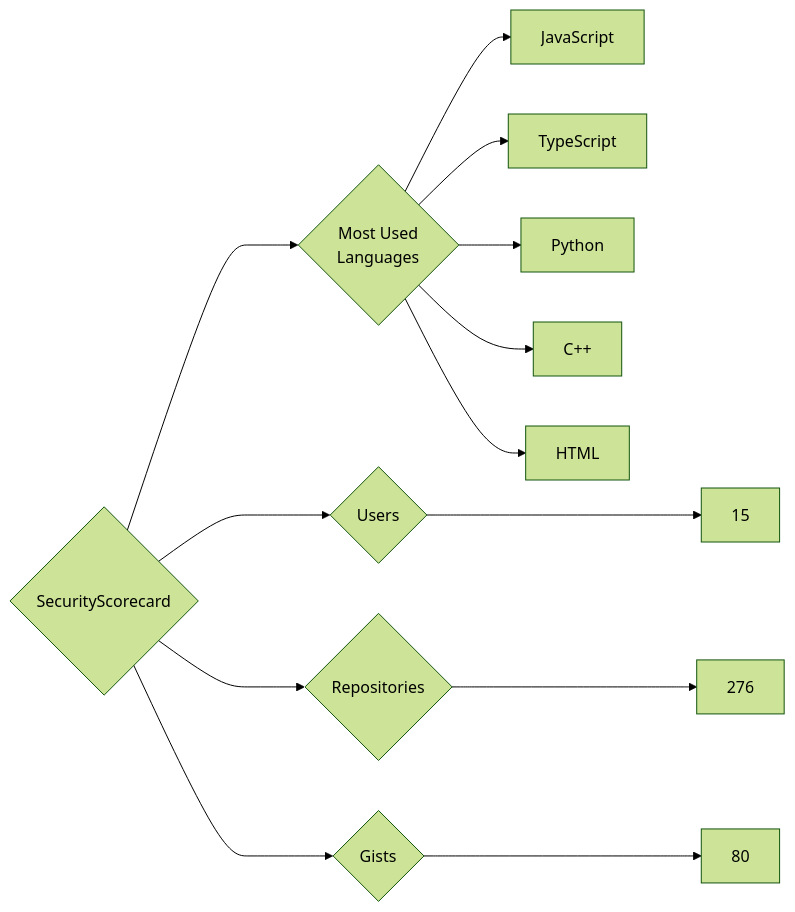
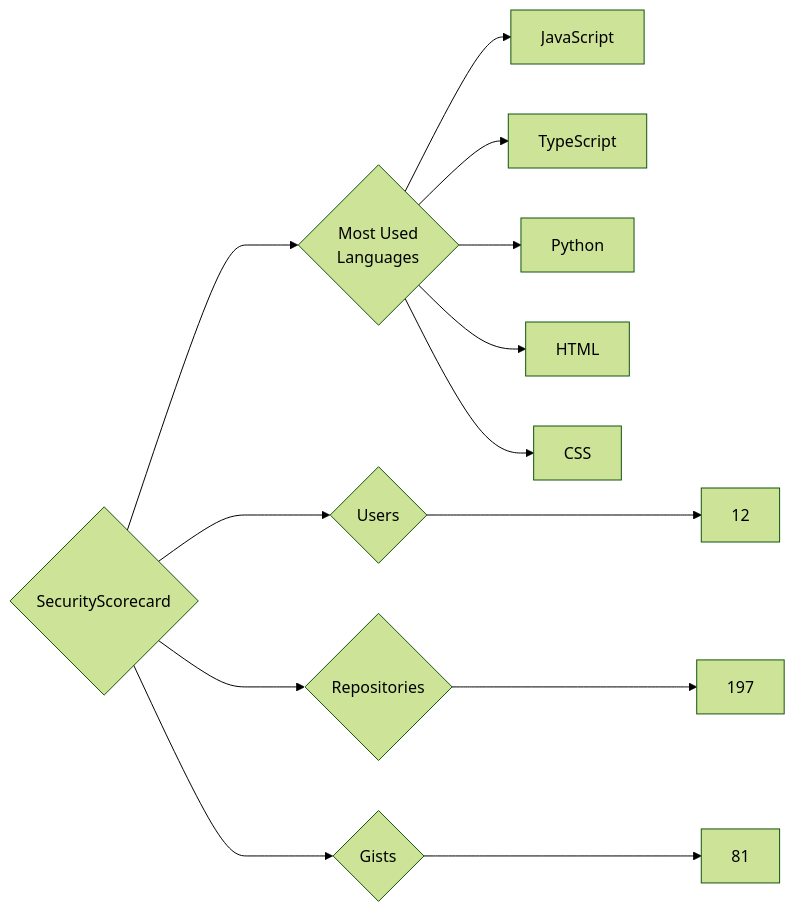
Before and after one commit to trickest/insiders: the diagram in targets/SecurityScorecard/README.md, drawn with Mermaid (forest theme). The commit also changed 851 other files, not shown here.

````diff
--- a/targets/SecurityScorecard/README.md
+++ b/targets/SecurityScorecard/README.md
@@ -3,13 +3,13 @@
 ```mermaid
 graph LR
 COMPANY_NAME{SecurityScorecard}
-COMPANY_NAME ---> U{Users} ---> UN[15]
-COMPANY_NAME ---> R{Repositories} ---> RN[276]
-COMPANY_NAME ---> G{Gists} ---> GN[80]
+COMPANY_NAME ---> U{Users} ---> UN[12]
+COMPANY_NAME ---> R{Repositories} ---> RN[197]
+COMPANY_NAME ---> G{Gists} ---> GN[81]
 COMPANY_NAME ---> ML{Most Used<br>Languages}
 ML --> JavaScript[JavaScript]
 ML --> TypeScript[TypeScript]
 ML --> Python[Python]
-ML --> C++[C++]
 ML --> HTML[HTML]
+ML --> CSS[CSS]
 ```
````
